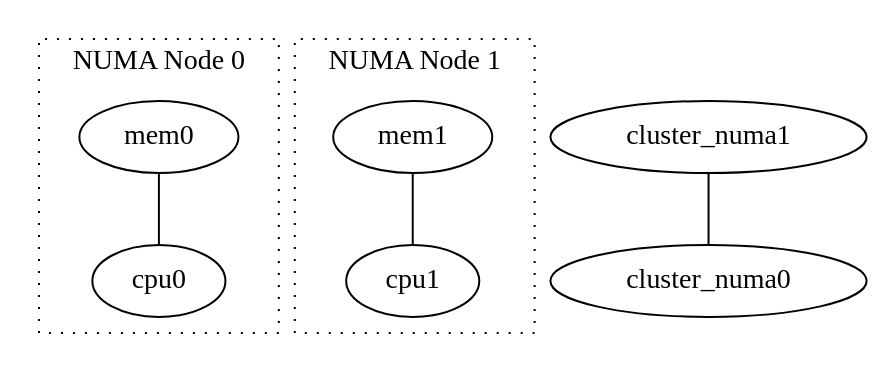
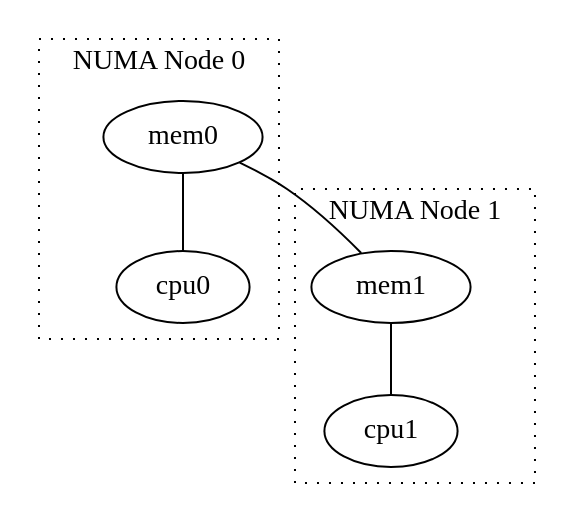
One commit to cwpearson/ms-thesis changed the diagram in figures/minsky-topo-numa.dot. Above: the diagram before and after it, drawn with Graphviz. The commit also changed 6 other files, not shown here.

```diff
--- a/figures/minsky-topo-numa.dot
+++ b/figures/minsky-topo-numa.dot
@@ -1,23 +1,23 @@
 graph G {
 
     //ratio=fill;
     //ranksep=1.5;
     nodesep=0.25;
 
     subgraph cluster_numa0 { label="NUMA Node 0";
         mem0;
         cpu0;
         graph[style=dotted];
     }
 
     subgraph cluster_numa1 { label="NUMA Node 1";
         mem1;
         cpu1;
         graph[style=dotted];
     }
 
     mem0 -- cpu0;
     mem1 -- cpu1;
 
-    cluster_numa1 -- cluster_numa0;
+    mem0 -- mem1 [ltail=cluster_numa1,lhead=cluster_numa0];
 }
```
